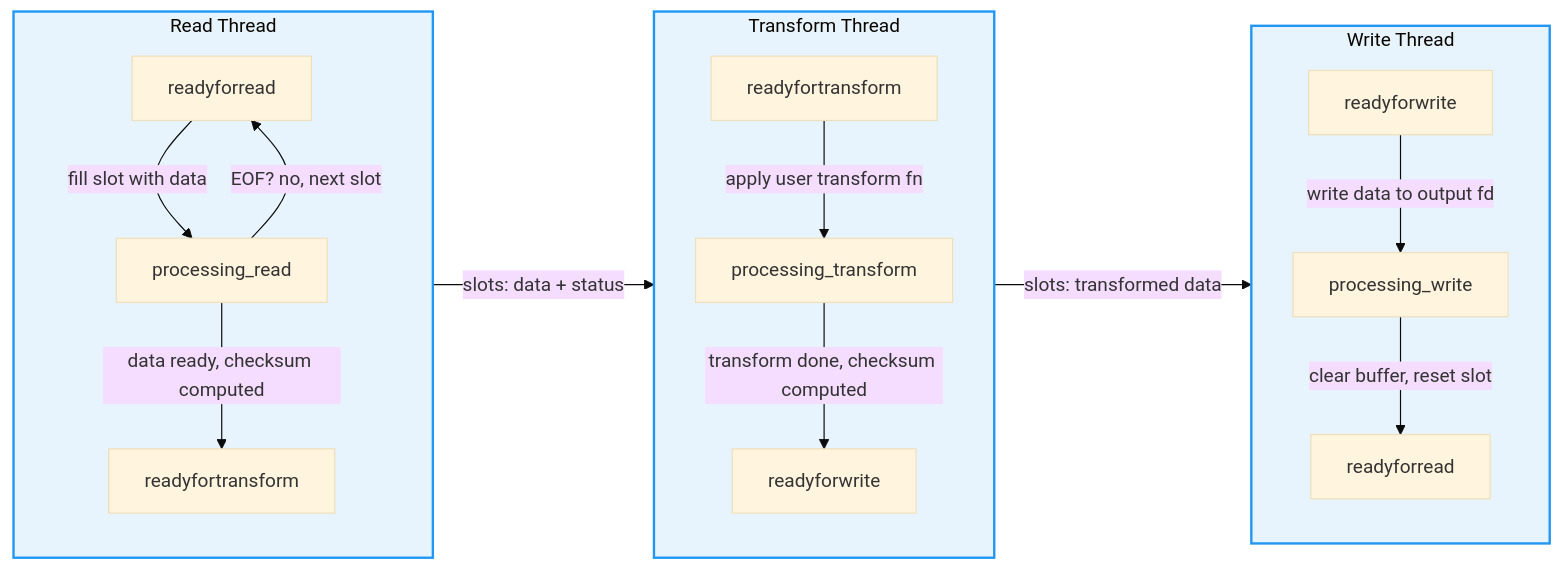
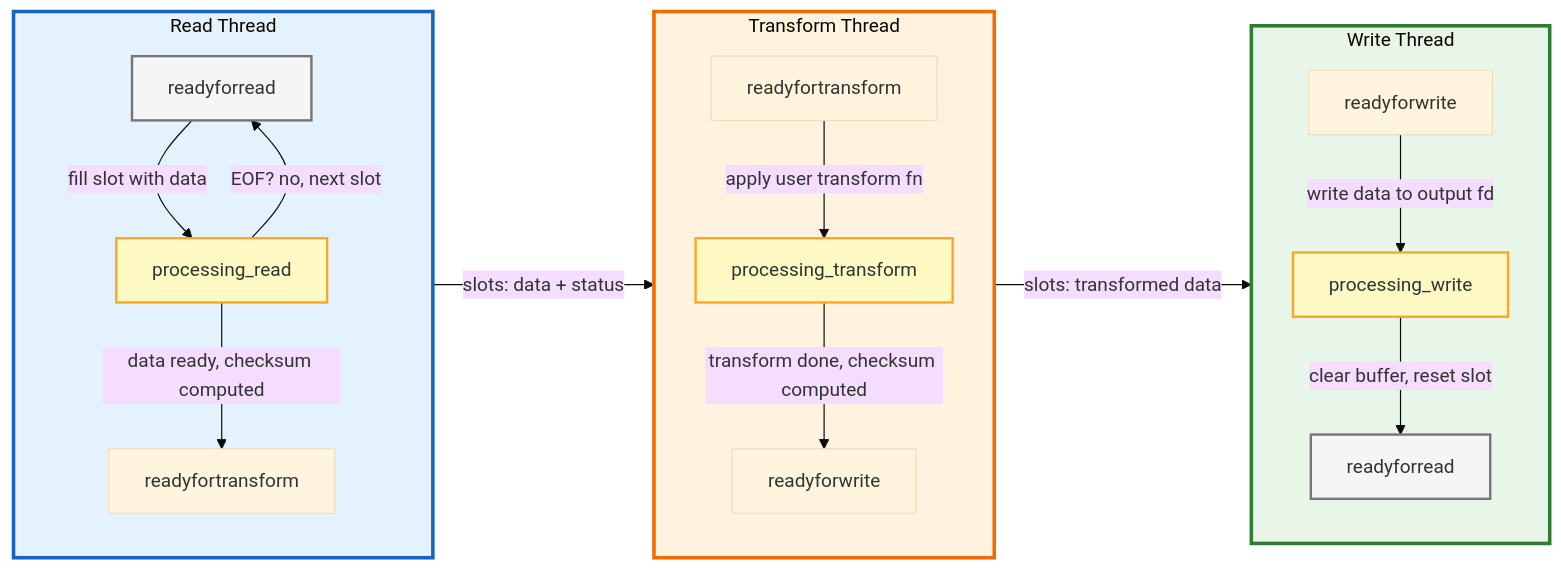
Before and after one commit to ebruno/codesamples: the first of 4 diagrams in ringbuffer/README.md, drawn with Mermaid (base theme). The commit also changed other lines of this file, not shown here.

````diff
--- a/ringbuffer/README.md
+++ b/ringbuffer/README.md
@@ -356,25 +361,32 @@
 ```mermaid
 flowchart LR
     subgraph ReadThread ["Read Thread"]
         R1[readyforread] -->|fill slot with data| R2[processing_read]
         R2 -->|EOF? no, next slot| R1
         R2 -->|data ready, checksum computed| R3[readyfortransform]
     end
 
     subgraph TransformThread ["Transform Thread"]
         T1[readyfortransform] -->|apply user transform fn| T2[processing_transform]
         T2 -->|transform done, checksum computed| T3[readyforwrite]
     end
 
     subgraph WriteThread ["Write Thread"]
         W1[readyforwrite] -->|write data to output fd| W2[processing_write]
         W2 -->|clear buffer, reset slot| W3[readyforread]
     end
 
     ReadThread -->|slots: data + status| TransformThread
     TransformThread -->|slots: transformed data| WriteThread
 
-    classDef thread fill:#e8f4fd,stroke:#2196F3,stroke-width:2px
-    classDef slot fill:#fff3e0,stroke:#FF9800,stroke-width:2px
-    class ReadThread,TransformThread,WriteThread thread
+    classDef read fill:#e3f2fd,stroke:#1565c0,stroke-width:3px
+    classDef transform fill:#fff3e0,stroke:#ef6c00,stroke-width:3px
+    classDef write fill:#e8f5e9,stroke:#2e7d32,stroke-width:3px
+    classDef idle fill:#f5f5f5,stroke:#757575,stroke-width:2px
+    classDef active fill:#fff9c4,stroke:#f9a825,stroke-width:2px
+    class R1,W3 idle
+    class R2,T2,W2 active
+    class ReadThread read
+    class TransformThread transform
+    class WriteThread write
 ```
````
